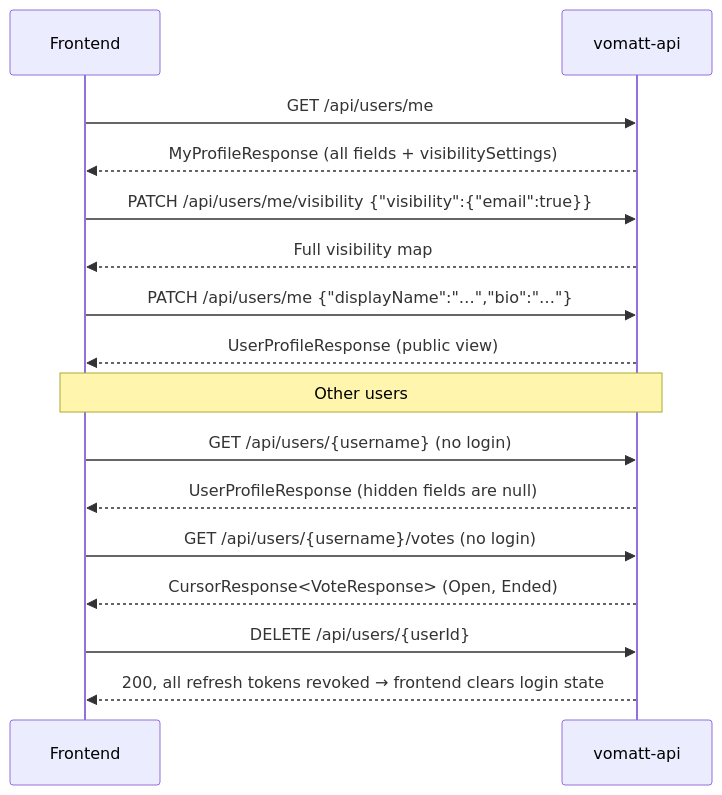
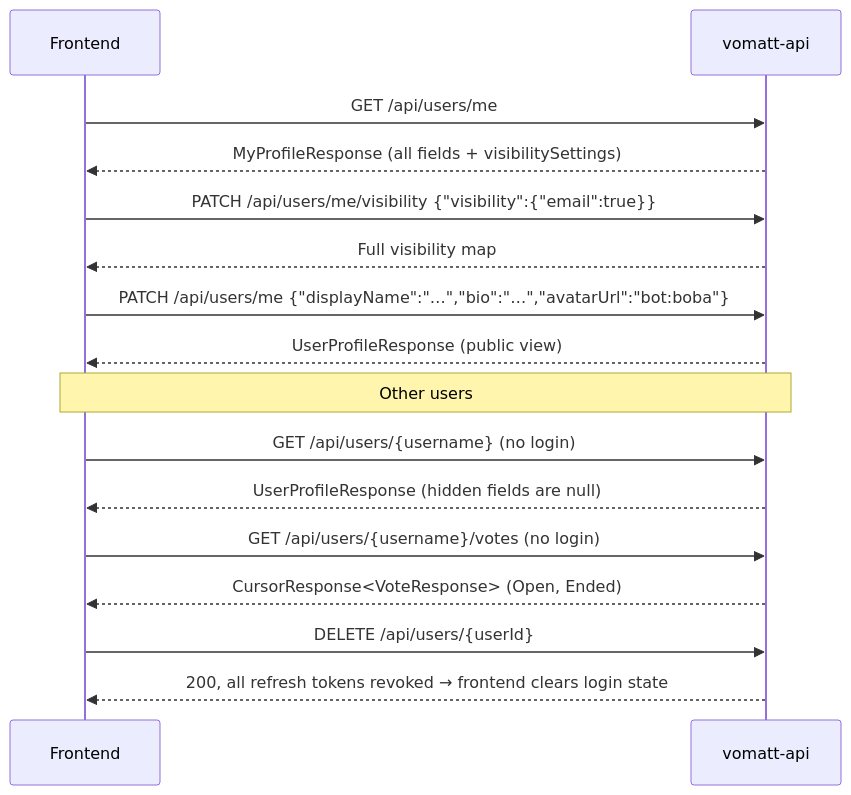
The diagram in docs/frontend/flows/profile.md (vomatt/vomatt-api), drawn with Mermaid before and after one commit. The commit also changed other lines of this file and 3 other files, not shown here.

````diff
--- a/docs/frontend/flows/profile.md
+++ b/docs/frontend/flows/profile.md
@@ -7,18 +7,18 @@
 ```mermaid
 sequenceDiagram
     participant FE as Frontend
     participant API as vomatt-api
     FE->>API: GET /api/users/me
     API-->>FE: MyProfileResponse (all fields + visibilitySettings)
     FE->>API: PATCH /api/users/me/visibility {"visibility":{"email":true}}
     API-->>FE: Full visibility map
-    FE->>API: PATCH /api/users/me {"displayName":"…","bio":"…"}
+    FE->>API: PATCH /api/users/me {"displayName":"…","bio":"…","avatarUrl":"bot:boba"}
     API-->>FE: UserProfileResponse (public view)
     Note over FE,API: Other users
     FE->>API: GET /api/users/{username} (no login)
     API-->>FE: UserProfileResponse (hidden fields are null)
     FE->>API: GET /api/users/{username}/votes (no login)
     API-->>FE: CursorResponse<VoteResponse> (Open, Ended)
     FE->>API: DELETE /api/users/{userId}
     API-->>FE: 200, all refresh tokens revoked → frontend clears login state
 ```
````
